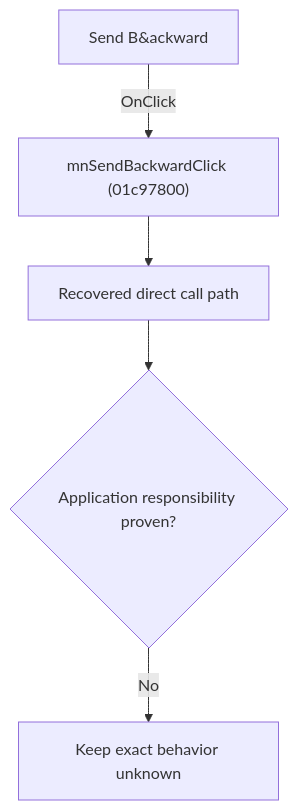
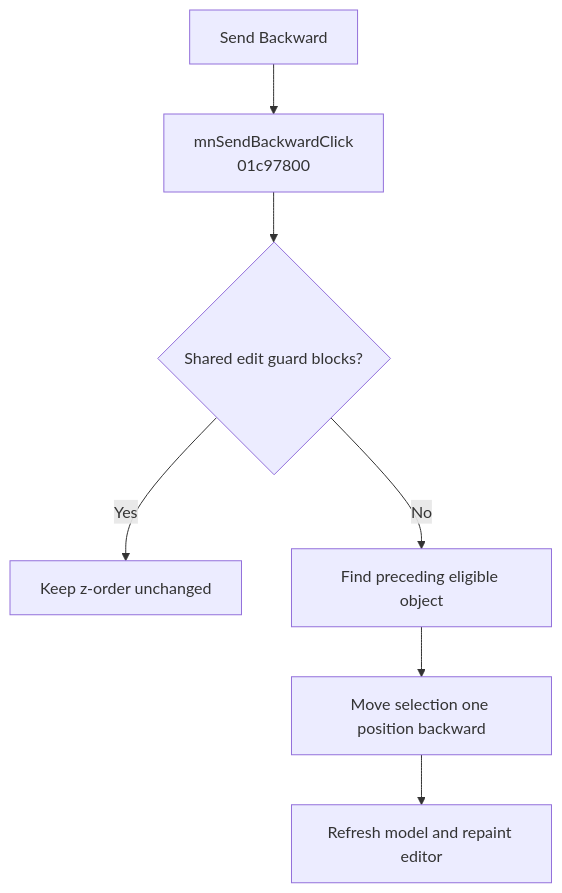
The diagram in docs/ui-controls/schematiceditor/mnsendbackward-74a8970a57.md (MovGP0/TIARA), drawn with Mermaid before and after one commit. The commit also changed other lines of this file and 241 other files, not shown here.

````diff
--- a/docs/ui-controls/schematiceditor/mnsendbackward-74a8970a57.md
+++ b/docs/ui-controls/schematiceditor/mnsendbackward-74a8970a57.md
@@ -27,7 +29,9 @@
 ```mermaid
 flowchart TD
-    control["Send B&ackward"] -->|"OnClick"| handler["mnSendBackwardClick (01c97800)"]
-    handler --> recovered["Recovered direct call path"]
-    recovered --> gap{"Application responsibility proven?"}
-    gap -->|"No"| blocked["Keep exact behavior unknown"]
+    control["Send Backward"] --> handler["mnSendBackwardClick<br/>01c97800"]
+    handler --> guard{"Shared edit guard blocks?"}
+    guard -->|"Yes"| noOp["Keep z-order unchanged"]
+    guard -->|"No"| adjacent["Find preceding eligible object"]
+    adjacent --> reorder["Move selection one position backward"]
+    reorder --> refresh["Refresh model and repaint editor"]
 ```
````
